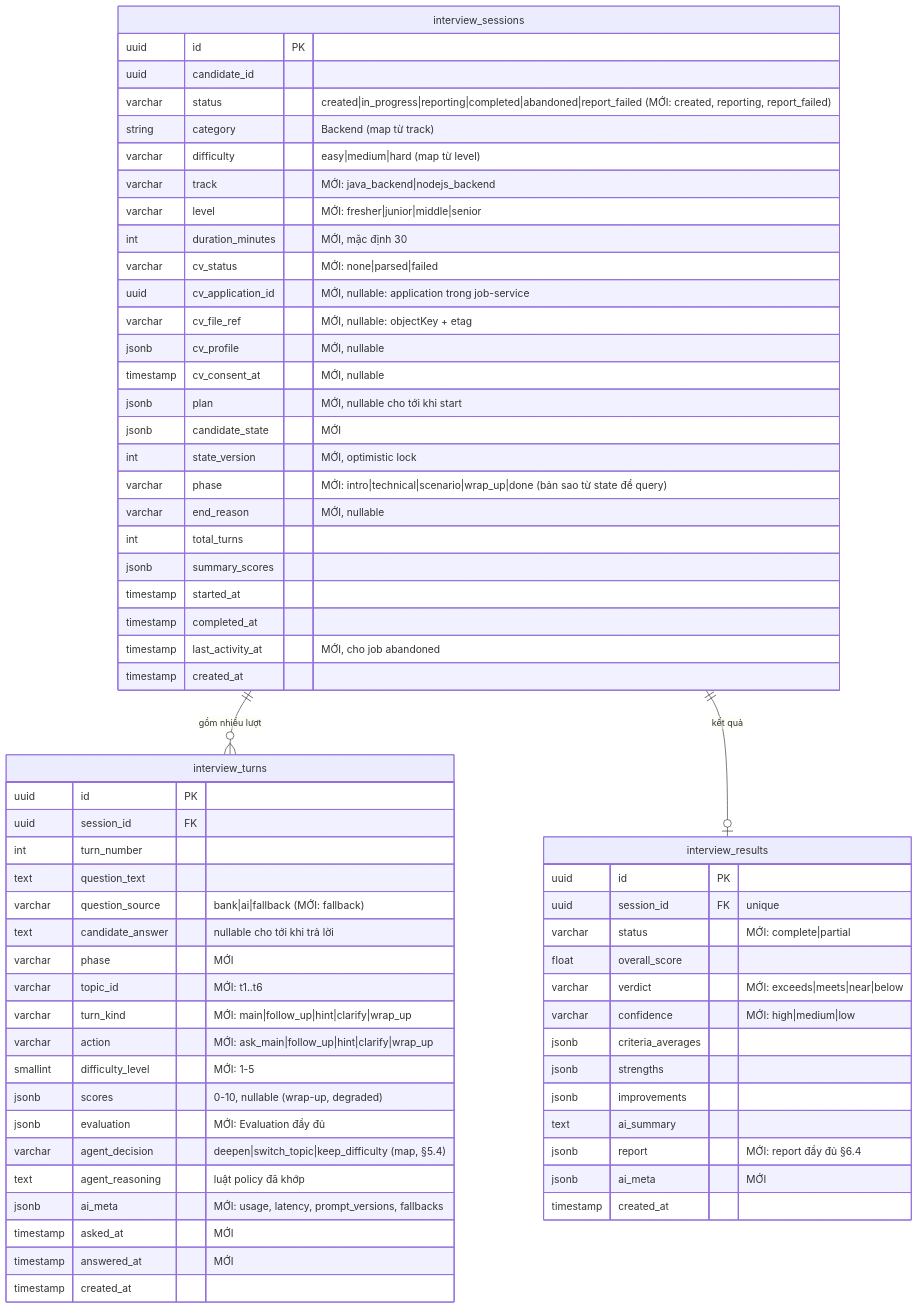
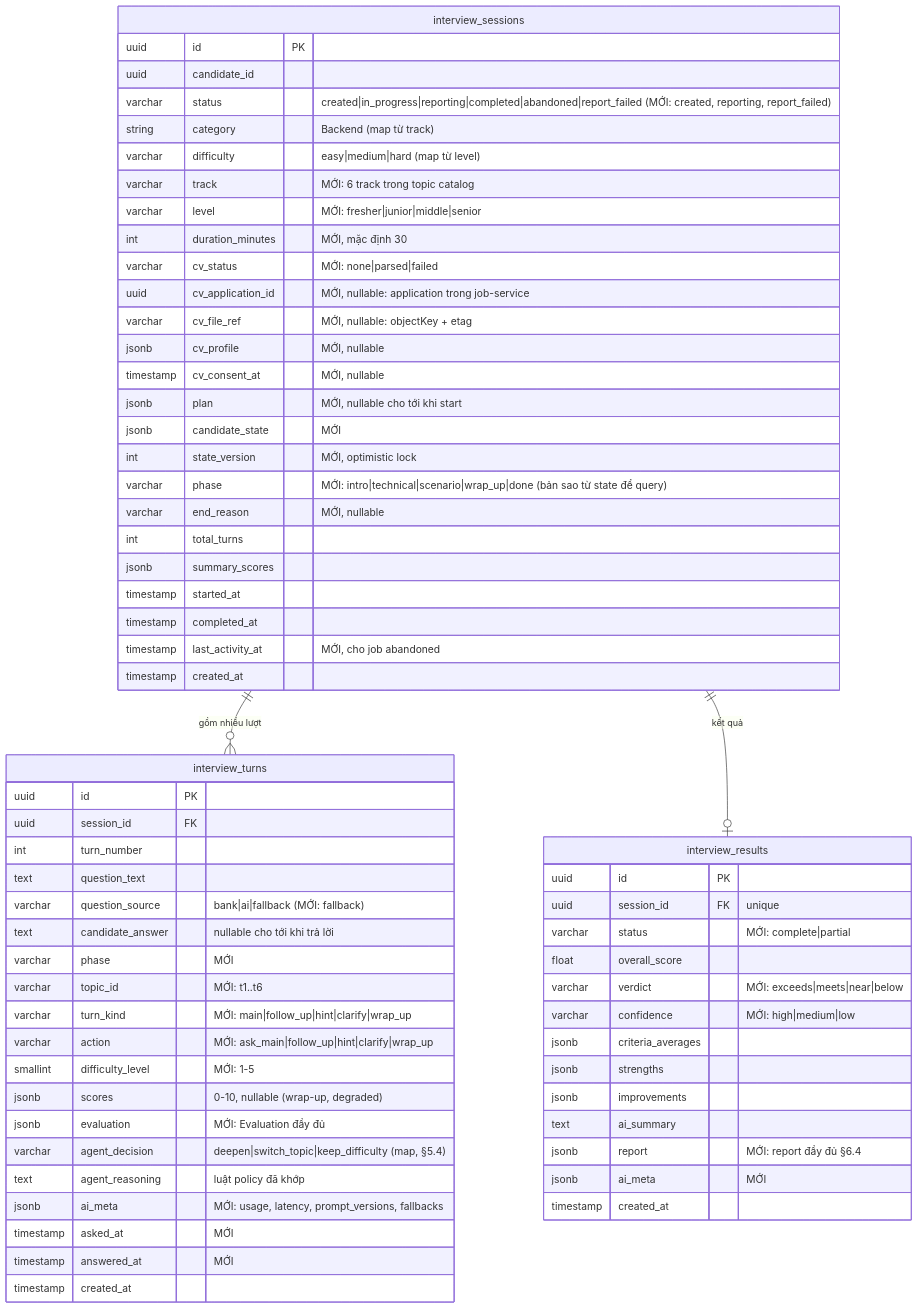
The diagram in docs/ai-service/07-data-storage.md (minhtuann1102/ai-recruitment-platform), drawn with Mermaid before and after one commit. The commit also changed 22 other files, not shown here.

Commit message:
feat(ai-service): add frontend_react and devops_engineer tracks and new AI topics to topic catalog

````diff
--- a/docs/ai-service/07-data-storage.md
+++ b/docs/ai-service/07-data-storage.md
@@ -30,70 +30,70 @@
 ```mermaid
 erDiagram
     interview_sessions {
         uuid id PK
         uuid candidate_id
         varchar status "created|in_progress|reporting|completed|abandoned|report_failed (MỚI: created, reporting, report_failed)"
         string category "Backend (map từ track)"
         varchar difficulty "easy|medium|hard (map từ level)"
-        varchar track "MỚI: java_backend|nodejs_backend"
+        varchar track "MỚI: 6 track trong topic catalog"
         varchar level "MỚI: fresher|junior|middle|senior"
         int duration_minutes "MỚI, mặc định 30"
         varchar cv_status "MỚI: none|parsed|failed"
         uuid cv_application_id "MỚI, nullable: application trong job-service"
         varchar cv_file_ref "MỚI, nullable: objectKey + etag"
         jsonb cv_profile "MỚI, nullable"
         timestamp cv_consent_at "MỚI, nullable"
         jsonb plan "MỚI, nullable cho tới khi start"
         jsonb candidate_state "MỚI"
         int state_version "MỚI, optimistic lock"
         varchar phase "MỚI: intro|technical|scenario|wrap_up|done (bản sao từ state để query)"
         varchar end_reason "MỚI, nullable"
         int total_turns
         jsonb summary_scores
         timestamp started_at
         timestamp completed_at
         timestamp last_activity_at "MỚI, cho job abandoned"
         timestamp created_at
     }
 
     interview_turns {
         uuid id PK
         uuid session_id FK
         int turn_number
         text question_text
         varchar question_source "bank|ai|fallback (MỚI: fallback)"
         text candidate_answer "nullable cho tới khi trả lời"
         varchar phase "MỚI"
         varchar topic_id "MỚI: t1..t6"
         varchar turn_kind "MỚI: main|follow_up|hint|clarify|wrap_up"
         varchar action "MỚI: ask_main|follow_up|hint|clarify|wrap_up"
         smallint difficulty_level "MỚI: 1-5"
         jsonb scores "0-10, nullable (wrap-up, degraded)"
         jsonb evaluation "MỚI: Evaluation đầy đủ"
         varchar agent_decision "deepen|switch_topic|keep_difficulty (map, §5.4)"
         text agent_reasoning "luật policy đã khớp"
         jsonb ai_meta "MỚI: usage, latency, prompt_versions, fallbacks"
         timestamp asked_at "MỚI"
         timestamp answered_at "MỚI"
         timestamp created_at
     }
 
     interview_results {
         uuid id PK
         uuid session_id FK "unique"
         varchar status "MỚI: complete|partial"
         float overall_score
         varchar verdict "MỚI: exceeds|meets|near|below"
         varchar confidence "MỚI: high|medium|low"
         jsonb criteria_averages
         jsonb strengths
         jsonb improvements
         text ai_summary
         jsonb report "MỚI: report đầy đủ §6.4"
         jsonb ai_meta "MỚI"
         timestamp created_at
     }
 
     interview_sessions ||--o{ interview_turns : "gồm nhiều lượt"
     interview_sessions ||--o| interview_results : "kết quả"
 ```
````
